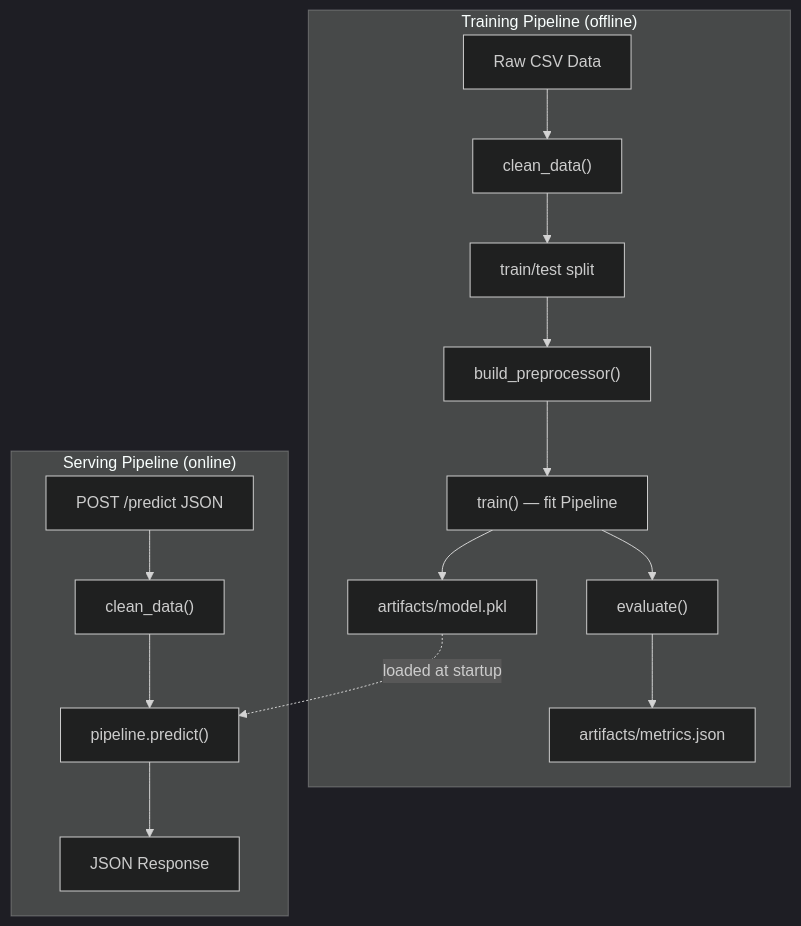
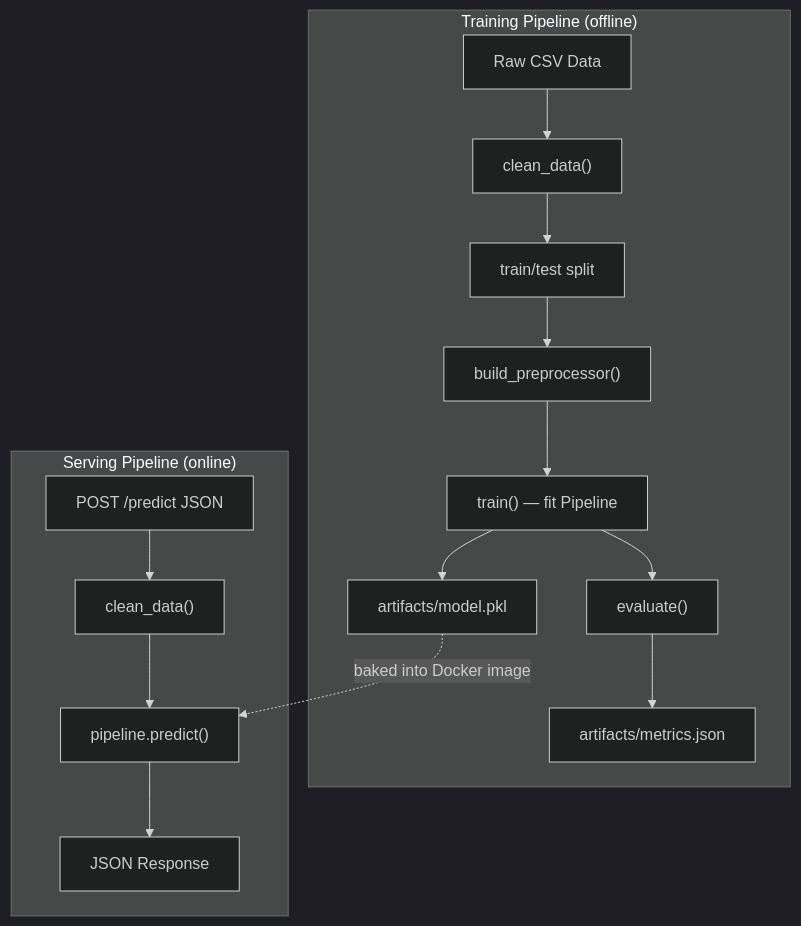
Before and after one commit to Annemarie-Bester/marketing-model-mlops-azure: the sixth of 6 diagrams in docs/architecture.md, drawn with Mermaid (dark theme). The commit also changed other lines of this file and 6 other files, not shown here.

````diff
--- a/docs/architecture.md
+++ b/docs/architecture.md
@@ -102,20 +375,20 @@
 ```mermaid
 flowchart TD
     subgraph Training["Training Pipeline (offline)"]
         RAW["Raw CSV Data"] --> CLEAN["clean_data()"]
         CLEAN --> SPLIT["train/test split"]
         SPLIT --> PREPROC["build_preprocessor()"]
         PREPROC --> TRAIN["train() — fit Pipeline"]
         TRAIN --> ARTIFACT["artifacts/model.pkl"]
         TRAIN --> EVAL["evaluate()"]
         EVAL --> METRICS["artifacts/metrics.json"]
     end
 
     subgraph Serving["Serving Pipeline (online)"]
         REQ["POST /predict JSON"] --> CLEAN2["clean_data()"]
         CLEAN2 --> PREDICT["pipeline.predict()"]
         PREDICT --> RESP["JSON Response"]
     end
 
-    ARTIFACT -.->|"loaded at startup"| PREDICT
+    ARTIFACT -.->|"baked into Docker image"| PREDICT
 ```
````
